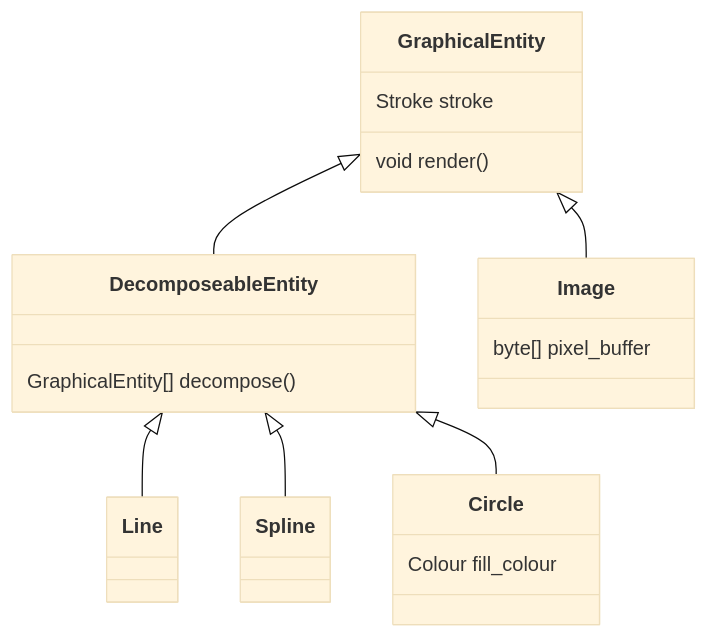
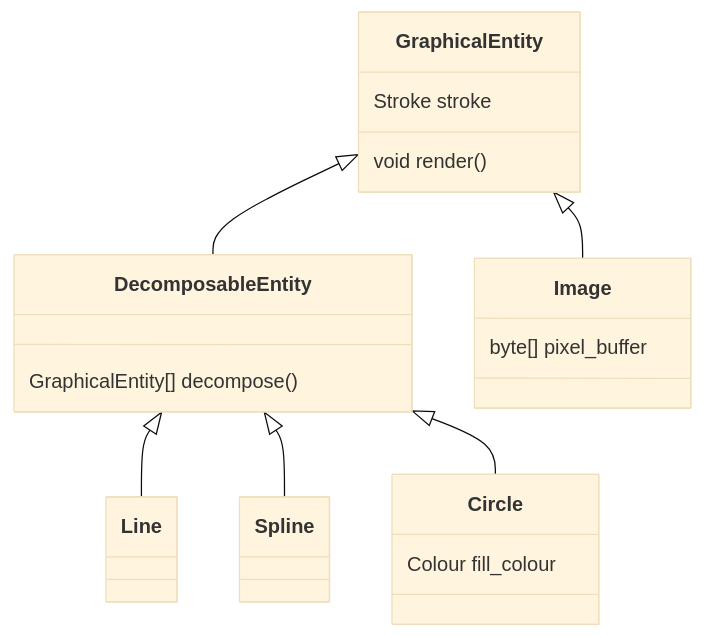
Before and after one commit to Michael-F-Bryan/adventures.michaelfbryan.com: the second of 3 diagrams in content/posts/ecs-outside-of-games.md, drawn with Mermaid (base theme). The commit also changed other lines of this file and 8 other files, not shown here.

```diff
--- a/content/posts/ecs-outside-of-games.md
+++ b/content/posts/ecs-outside-of-games.md
@@ -132,19 +132,19 @@
 {{< mermaid >}}
 classDiagram
-  GraphicalEntity <|-- DecomposeableEntity
+  GraphicalEntity <|-- DecomposableEntity
   GraphicalEntity <|-- Image
 
   GraphicalEntity: Stroke stroke
   GraphicalEntity: void render()
 
-  DecomposeableEntity <|-- Line
-  DecomposeableEntity <|-- Spline
-  DecomposeableEntity <|-- Circle
+  DecomposableEntity <|-- Line
+  DecomposableEntity <|-- Spline
+  DecomposableEntity <|-- Circle
 
-  class DecomposeableEntity {
+  class DecomposableEntity {
     GraphicalEntity[] decompose()
   }
 
   Circle: Colour fill_colour
   Image: byte[] pixel_buffer
 {{< /mermaid >}}
```
